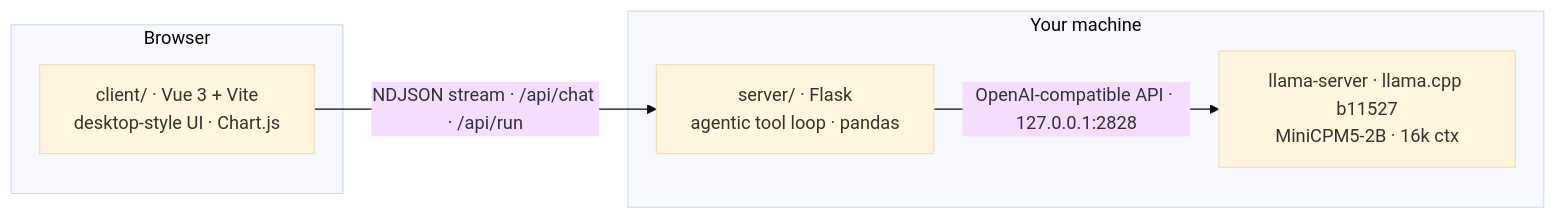
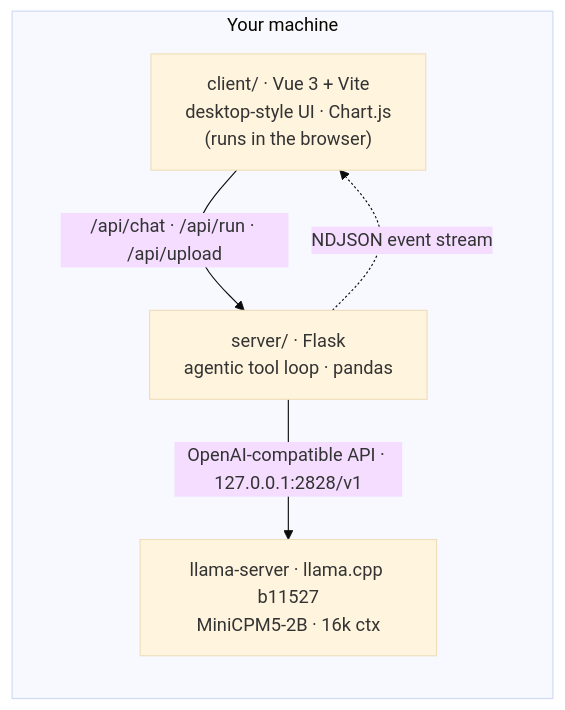
The diagram in README.md (shuhailycasan/tabitha), drawn with Mermaid (base theme) before and after one commit.

Commit message:
Fix architecture diagram: browser is local, run/upload aren't NDJSON
Generated with [Devin](https://devin.ai)

````diff
--- a/README.md
+++ b/README.md
@@ -47,12 +47,11 @@
 ```mermaid
 flowchart LR
-    subgraph browser["Browser"]
-        UI["client/ · Vue 3 + Vite<br>desktop-style UI · Chart.js"]
-    end
     subgraph host["Your machine"]
+        UI["client/ · Vue 3 + Vite<br>desktop-style UI · Chart.js<br>(runs in the browser)"]
         API["server/ · Flask<br>agentic tool loop · pandas"]
         LLM["llama-server · llama.cpp b11527<br>MiniCPM5-2B · 16k ctx"]
     end
-    UI -- "NDJSON stream · /api/chat · /api/run" --> API
-    API -- "OpenAI-compatible API · 127.0.0.1:2828" --> LLM
+    UI -- "/api/chat · /api/run · /api/upload" --> API
+    API -. "NDJSON event stream" .-> UI
+    API -- "OpenAI-compatible API · 127.0.0.1:2828/v1" --> LLM
 ```
````
